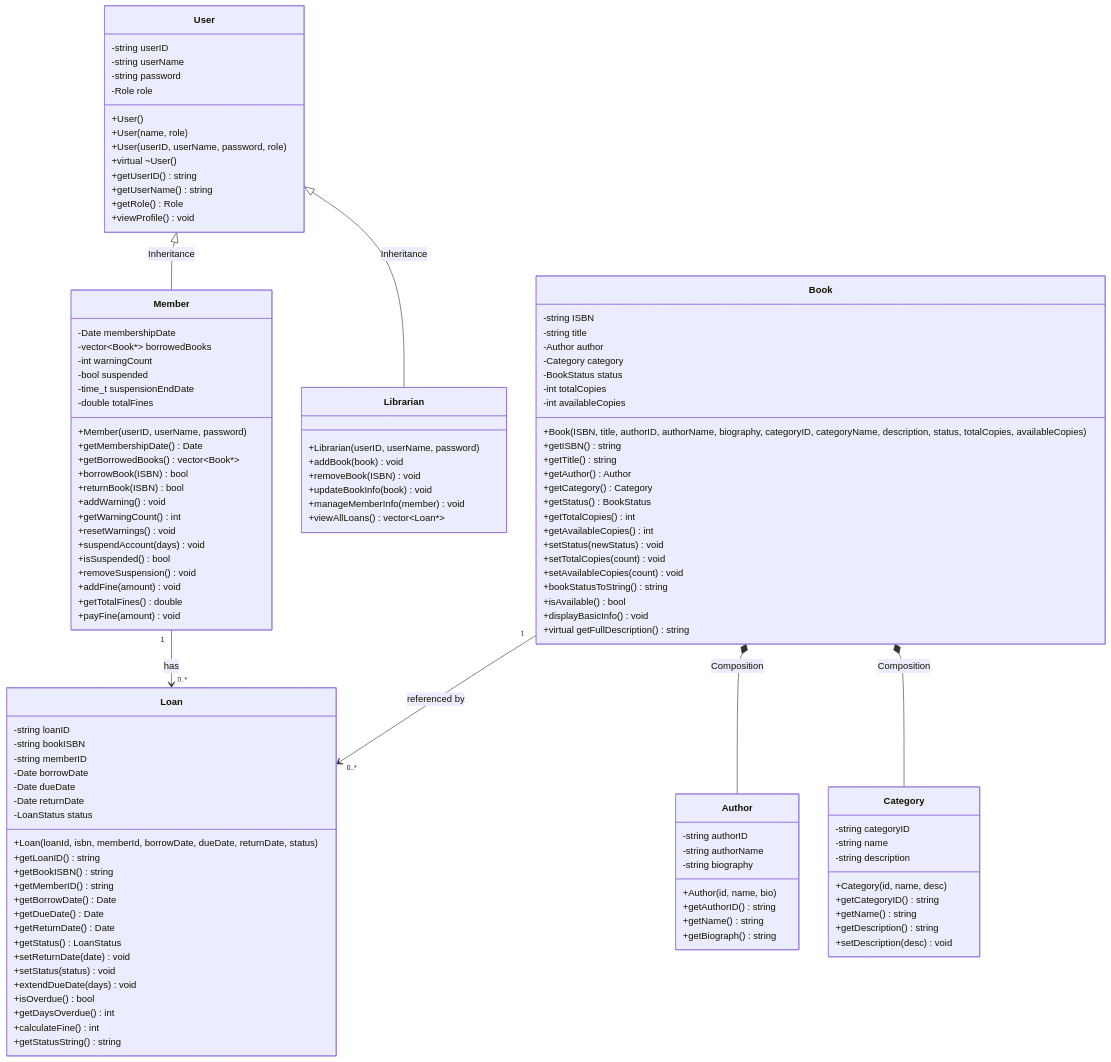
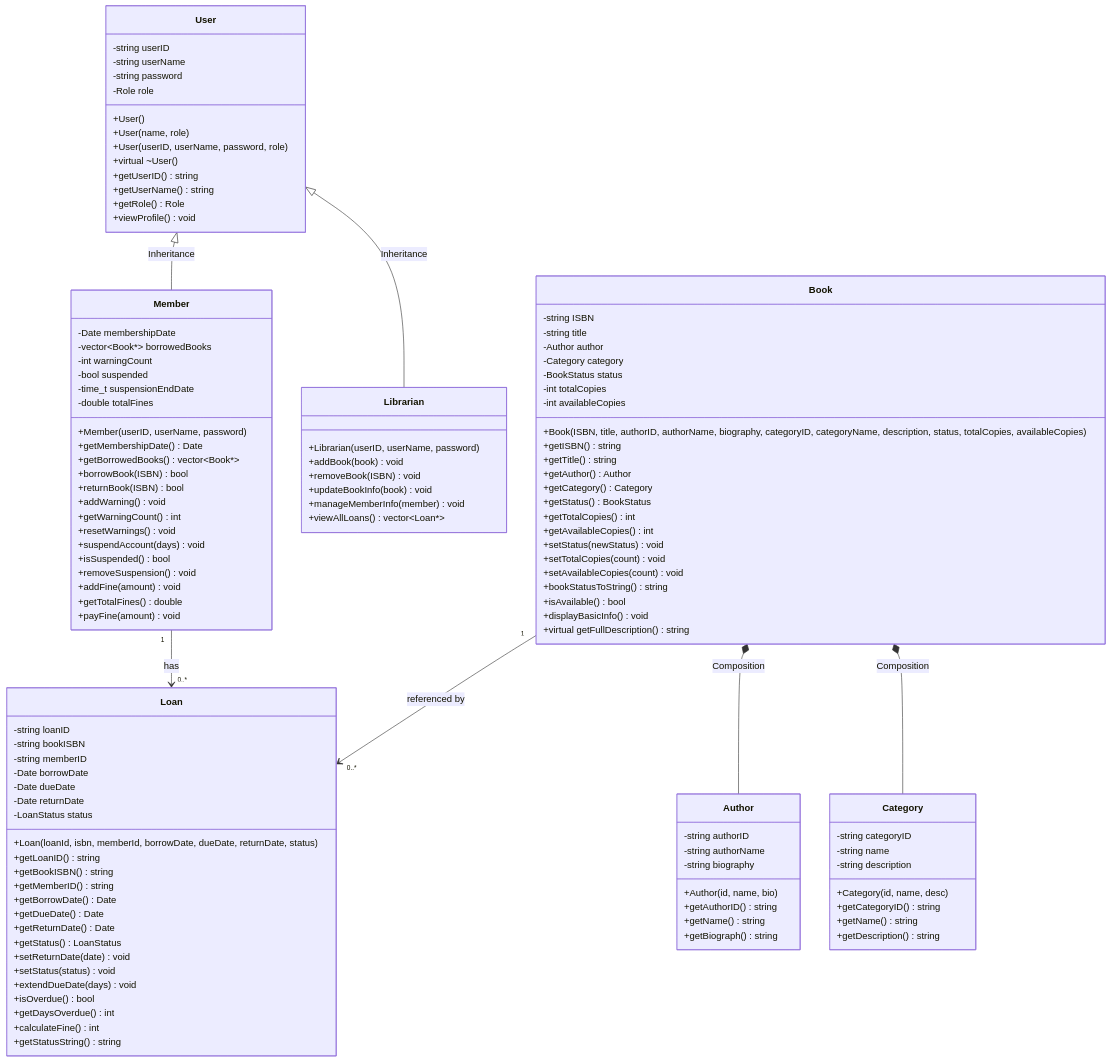
One commit to DankDaPancake/LibraryManagementSystem changed the first of 28 diagrams in docs/report.md. Above: the diagram before and after it, drawn with Mermaid. The commit also changed other lines of this file, not shown here.

```diff
--- a/docs/report.md
+++ b/docs/report.md
@@ -302,7 +302,6 @@
         +getCategoryID() string
         +getName() string
         +getDescription() string
-        +setDescription(desc) void
     }
 
     class Loan {
```
